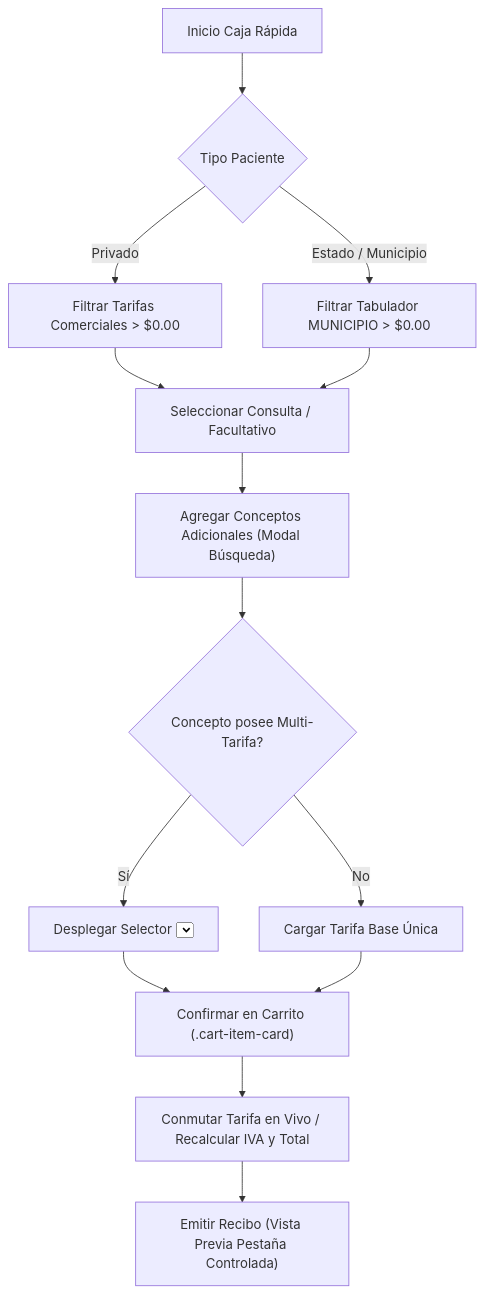
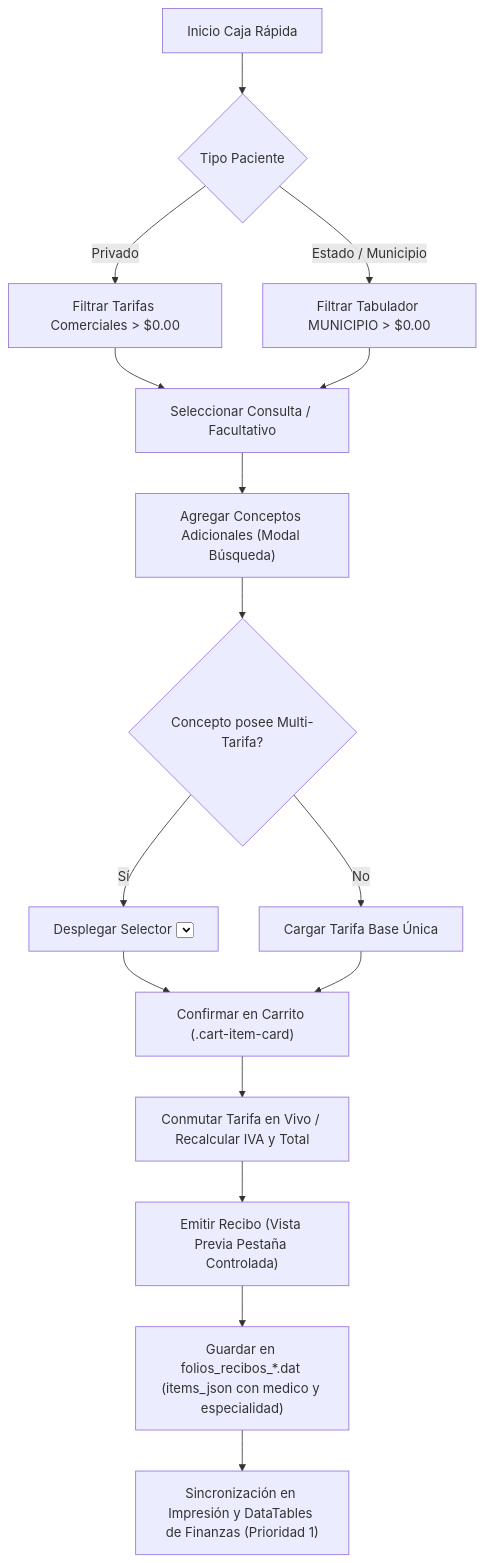
One commit to geisabpagit-bit/ospulso changed the diagram in docs/03_modules_and_workflows/caja_rapida_y_multitarifa.md. Above: the diagram before and after it, drawn with Mermaid. The commit also changed other lines of this file and 1 other file, not shown here.

Commit message:
docs: actualizar documentacion de flujo end-to-end de recibos y DataTables en docs/

````diff
--- a/docs/03_modules_and_workflows/caja_rapida_y_multitarifa.md
+++ b/docs/03_modules_and_workflows/caja_rapida_y_multitarifa.md
@@ -53,16 +53,18 @@
 ```mermaid
 graph TD
     A["Inicio Caja Rápida"] --> B{"Tipo Paciente"}
     B -- "Privado" --> C["Filtrar Tarifas Comerciales > $0.00"]
     B -- "Estado / Municipio" --> D["Filtrar Tabulador MUNICIPIO > $0.00"]
     C --> E["Seleccionar Consulta / Facultativo"]
     D --> E
     E --> F["Agregar Conceptos Adicionales (Modal Búsqueda)"]
     F --> G{"Concepto posee Multi-Tarifa?"}
     G -- "Sí" --> H["Desplegar Selector <select> de Tarifa Activa"]
     G -- "No" --> I["Cargar Tarifa Base Única"]
     H --> J["Confirmar en Carrito (.cart-item-card)"]
     I --> J
     J --> K["Conmutar Tarifa en Vivo / Recalcular IVA y Total"]
     K --> L["Emitir Recibo (Vista Previa Pestaña Controlada)"]
+    L --> M["Guardar en folios_recibos_*.dat (items_json con medico y especialidad)"]
+    M --> N["Sincronización en Impresión y DataTables de Finanzas (Prioridad 1)"]
 ```
````
